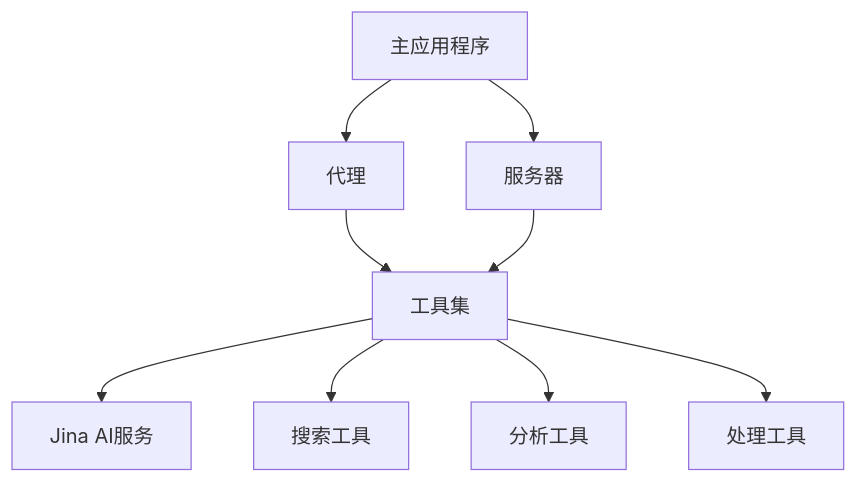
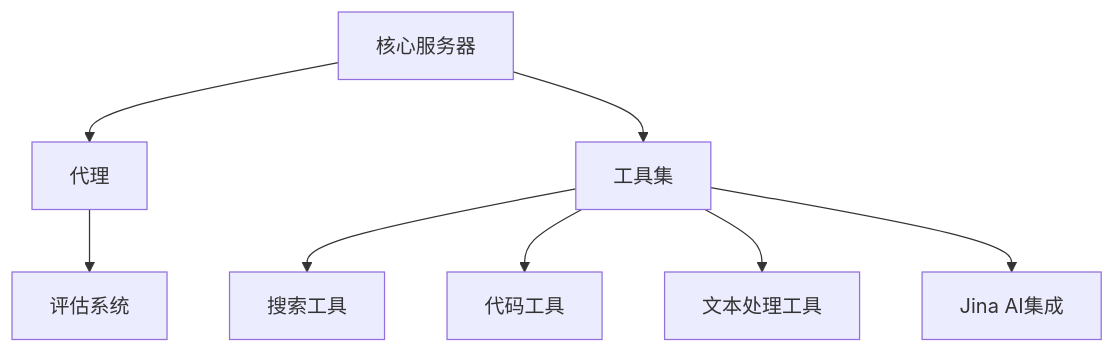
Before and after one commit to Reamd7/node-DeepResearch: the diagram in cline_docs/system_manifest.md, drawn with Mermaid. The commit also changed other lines of this file and 20 other files, not shown here.

````diff
--- a/cline_docs/system_manifest.md
+++ b/cline_docs/system_manifest.md
@@ -11,11 +11,10 @@
 ```mermaid
 flowchart TD
-    A[主应用程序] --> B[代理]
-    A --> C[服务器]
-    B --> D[工具集]
-    C --> D
-    D --> E[Jina AI服务]
-    D --> F[搜索工具]
-    D --> G[分析工具]
-    D --> H[处理工具]
+    A[核心服务器] --> B[代理]
+    A --> C[工具集]
+    B --> D[评估系统]
+    C --> E[搜索工具]
+    C --> F[代码工具]
+    C --> G[文本处理工具]
+    C --> H[Jina AI集成]
 ```
````
